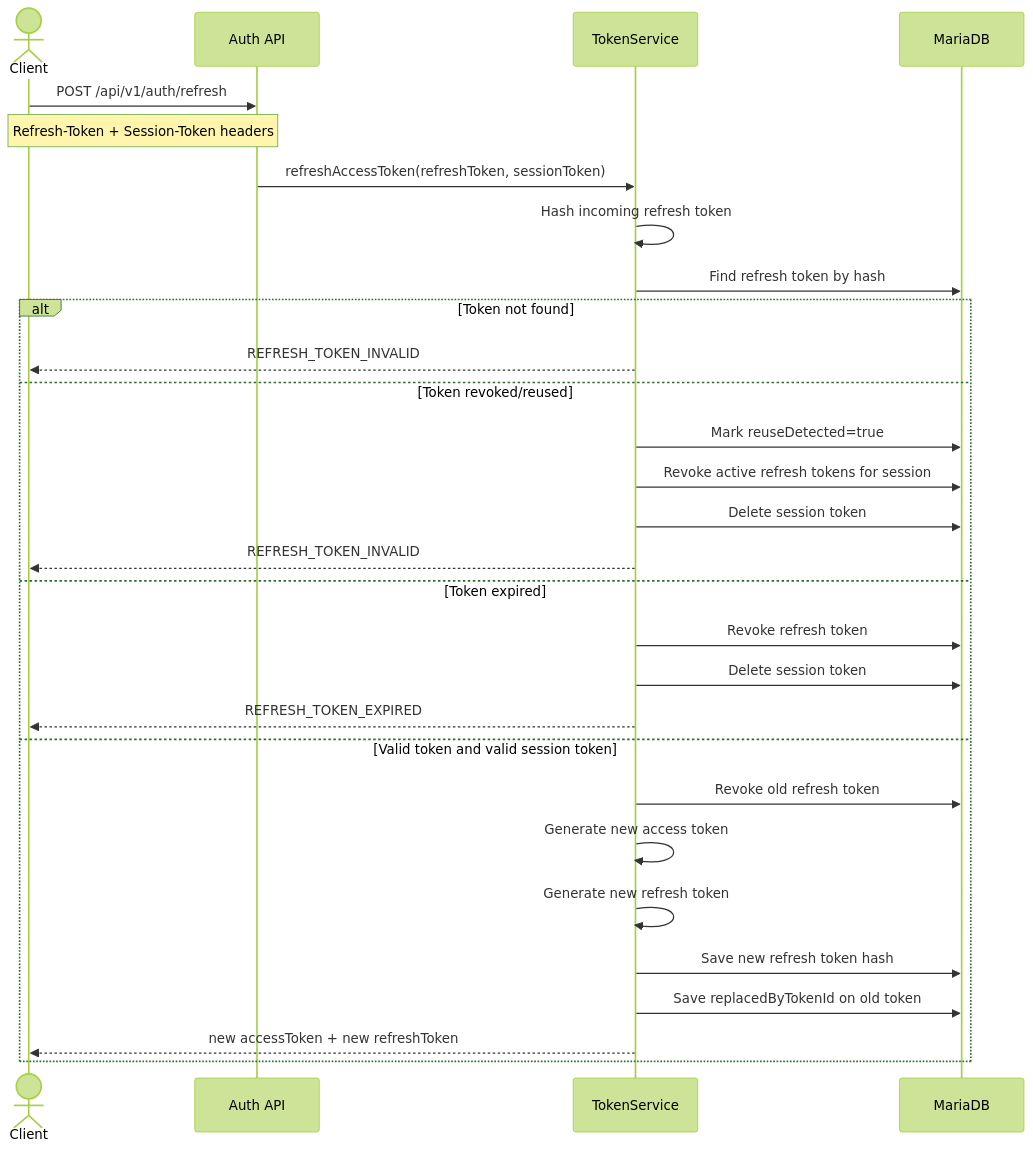
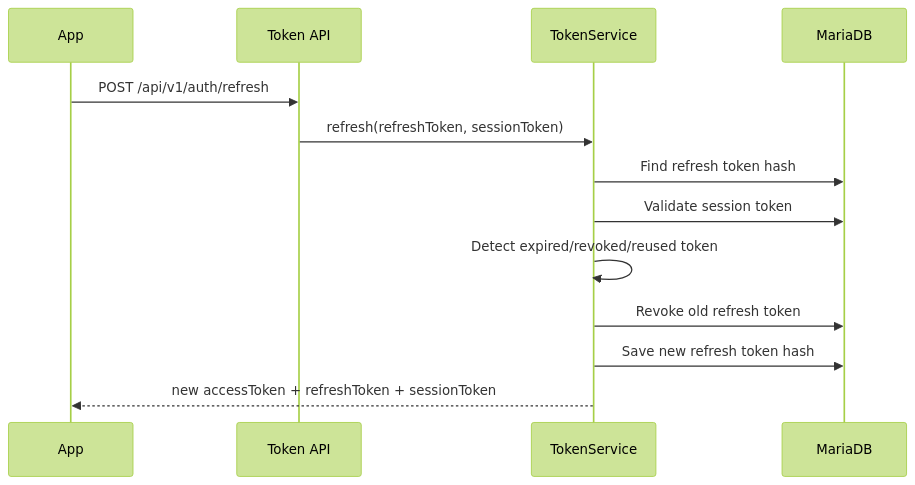
The second of 2 diagrams in backend/docs/AUTH_FLOW.md (JustinBui22/wandermate-fullstack), drawn with Mermaid (forest theme) before and after one commit. The commit also changed other lines of this file and 39 other files, not shown here.

````diff
--- a/backend/docs/AUTH_FLOW.md
+++ b/backend/docs/AUTH_FLOW.md
@@ -149,32 +92,16 @@
 ```mermaid
 sequenceDiagram
-    actor Client
-    participant AuthAPI as Auth API
+    participant App
+    participant API as Token API
     participant TokenService
     participant DB as MariaDB
 
-    Client->>AuthAPI: POST /api/v1/auth/refresh
-    Note over Client,AuthAPI: Refresh-Token + Session-Token headers
-    AuthAPI->>TokenService: refreshAccessToken(refreshToken, sessionToken)
-    TokenService->>TokenService: Hash incoming refresh token
-    TokenService->>DB: Find refresh token by hash
-    alt Token not found
-        TokenService-->>Client: REFRESH_TOKEN_INVALID
-    else Token revoked/reused
-        TokenService->>DB: Mark reuseDetected=true
-        TokenService->>DB: Revoke active refresh tokens for session
-        TokenService->>DB: Delete session token
-        TokenService-->>Client: REFRESH_TOKEN_INVALID
-    else Token expired
-        TokenService->>DB: Revoke refresh token
-        TokenService->>DB: Delete session token
-        TokenService-->>Client: REFRESH_TOKEN_EXPIRED
-    else Valid token and valid session token
-        TokenService->>DB: Revoke old refresh token
-        TokenService->>TokenService: Generate new access token
-        TokenService->>TokenService: Generate new refresh token
-        TokenService->>DB: Save new refresh token hash
-        TokenService->>DB: Save replacedByTokenId on old token
-        TokenService-->>Client: new accessToken + new refreshToken
-    end
+    App->>API: POST /api/v1/auth/refresh
+    API->>TokenService: refresh(refreshToken, sessionToken)
+    TokenService->>DB: Find refresh token hash
+    TokenService->>DB: Validate session token
+    TokenService->>TokenService: Detect expired/revoked/reused token
+    TokenService->>DB: Revoke old refresh token
+    TokenService->>DB: Save new refresh token hash
+    TokenService-->>App: new accessToken + refreshToken + sessionToken
 ```
````
